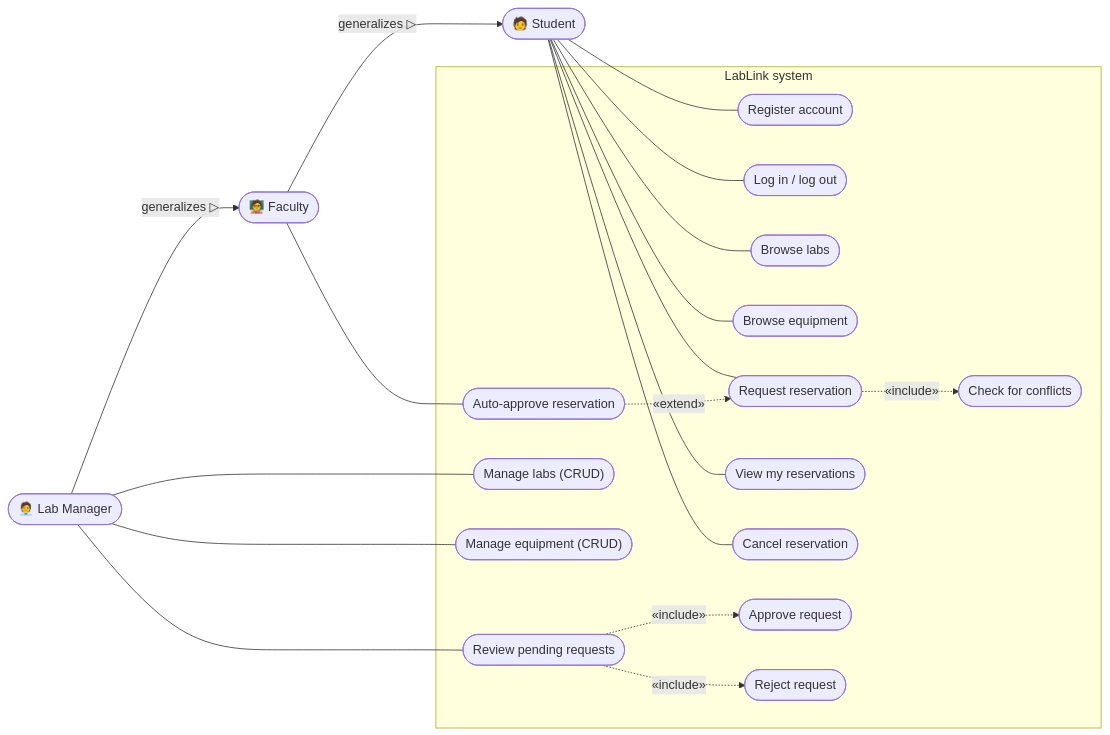
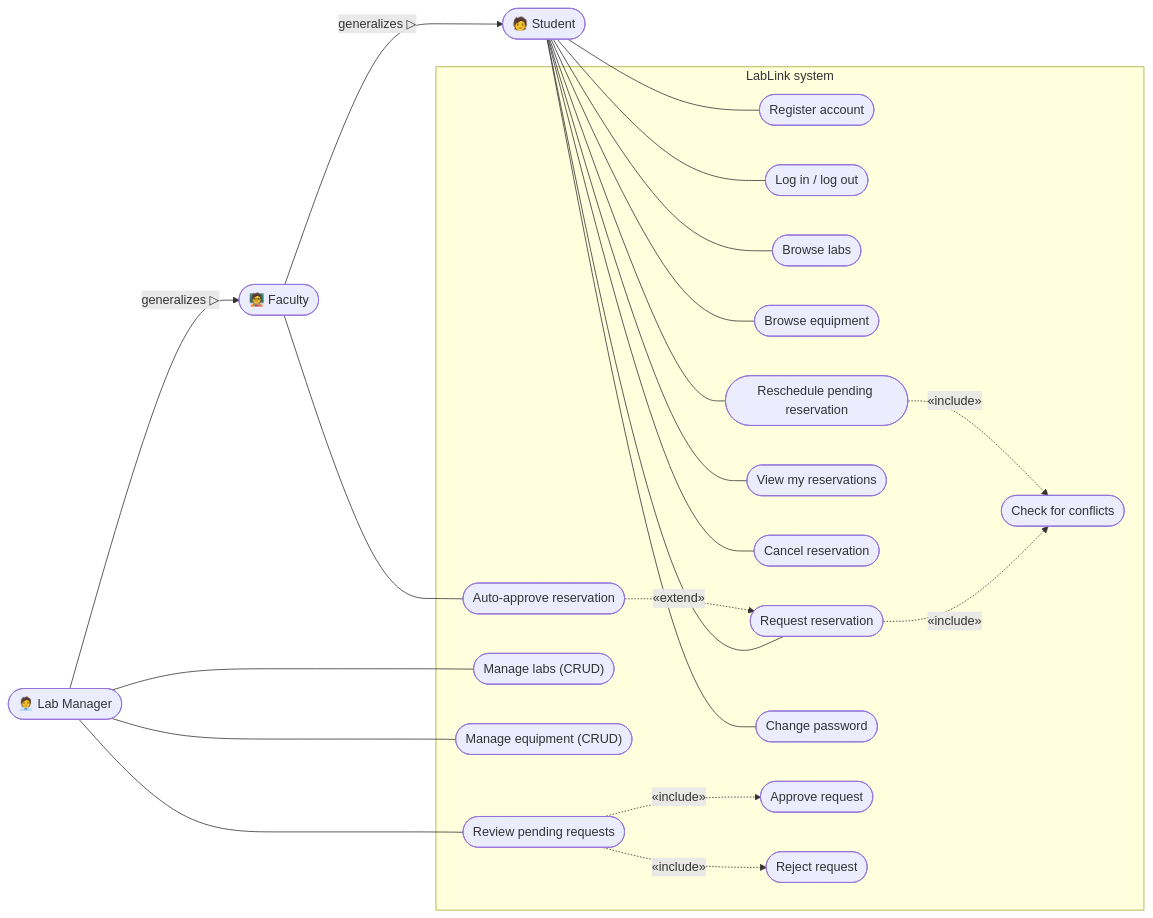
The first of 7 diagrams in docs/uml.md (westonm05/Reservation-Project), drawn with Mermaid before and after one commit. The commit also changed other lines of this file and 4 other files, not shown here.

First line of the commit message:
docs: update UML for Milestone 3 and add Sprint 3 burndown (#8)

````diff
--- a/docs/uml.md
+++ b/docs/uml.md
@@ -9,34 +21,37 @@
 ```mermaid
 flowchart LR
     student(["🧑 Student"])
     faculty(["🧑‍🏫 Faculty"])
     manager(["🧑‍💼 Lab Manager"])
 
     subgraph LabLink["LabLink system"]
         UC1(["Register account"])
         UC2(["Log in / log out"])
         UC3(["Browse labs"])
         UC4(["Browse equipment"])
         UC5(["Request reservation"])
         UC6(["View my reservations"])
         UC7(["Cancel reservation"])
+        UC14(["Reschedule pending reservation"])
+        UC15(["Change password"])
         UC13(["Auto-approve reservation"])
         UC8(["Manage labs (CRUD)"])
         UC9(["Manage equipment (CRUD)"])
         UC10(["Review pending requests"])
         UC5a(["Check for conflicts"])
         UC11(["Approve request"])
         UC12(["Reject request"])
     end
 
-    student --- UC1 & UC2 & UC3 & UC4 & UC5 & UC6 & UC7
+    student --- UC1 & UC2 & UC3 & UC4 & UC5 & UC6 & UC7 & UC14 & UC15
     faculty --- UC13
     manager --- UC8 & UC9 & UC10
     faculty -- "generalizes ▷" --> student
     manager -- "generalizes ▷" --> faculty
 
     UC5 -. "«include»" .-> UC5a
     UC13 -. "«extend»" .-> UC5
     UC10 -. "«include»" .-> UC11
     UC10 -. "«include»" .-> UC12
+    UC14 -. "«include»" .-> UC5a
 ```
````
